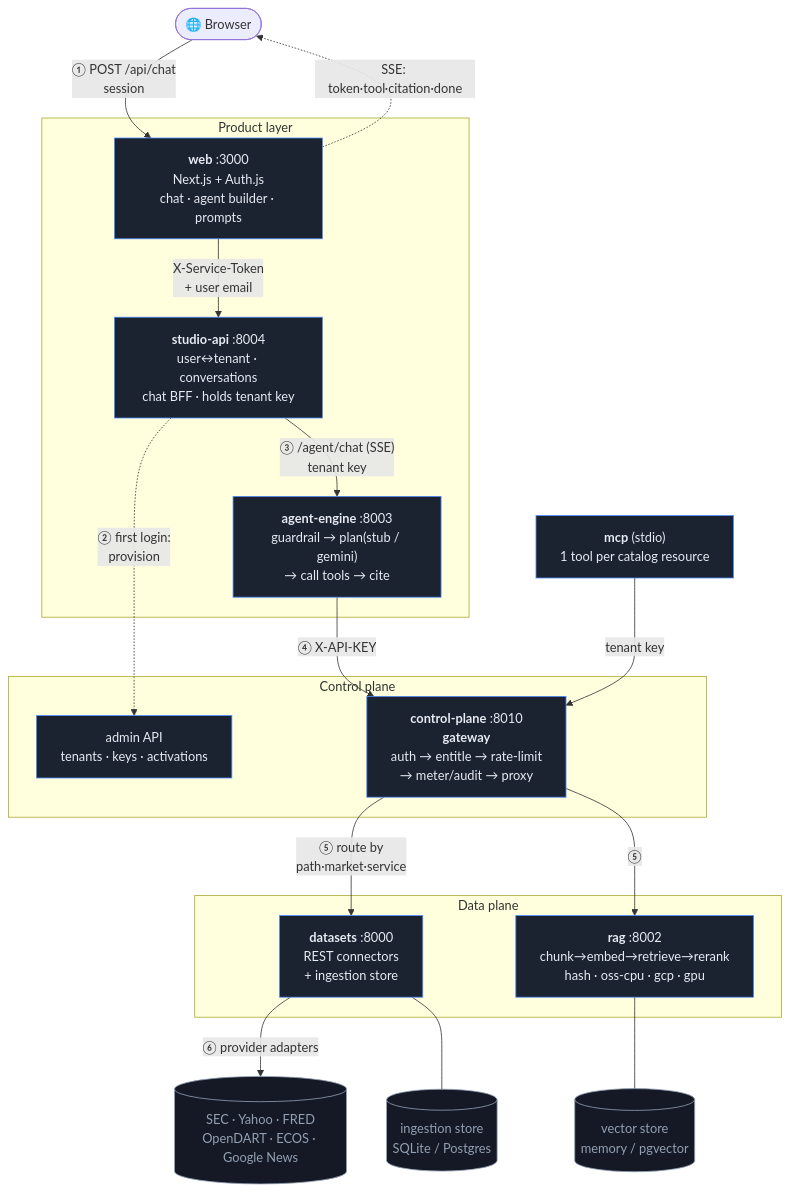
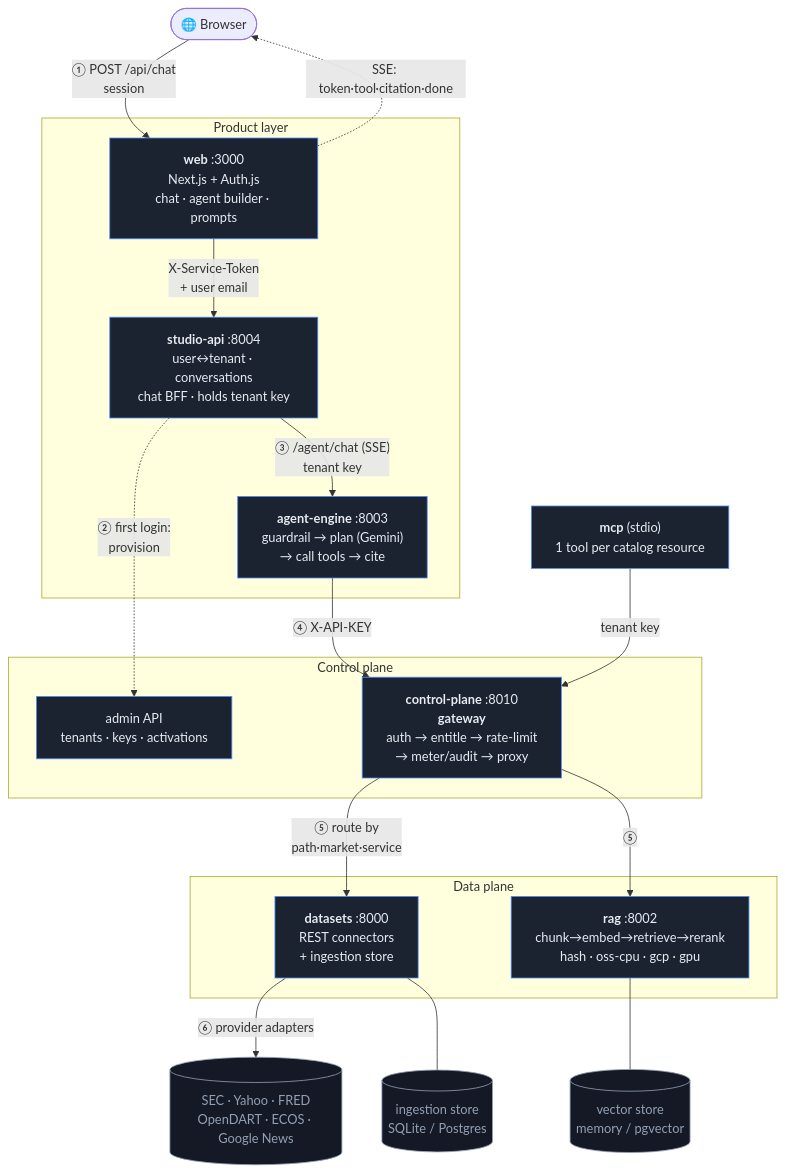
The diagram in docs/ARCHITECTURE.md (JinJis/value-graph), drawn with Mermaid before and after one commit. The commit also changed other lines of this file and 18 other files, not shown here.

````diff
--- a/docs/ARCHITECTURE.md
+++ b/docs/ARCHITECTURE.md
@@ -34,44 +34,44 @@
 ```mermaid
 flowchart TD
     browser(["🌐 Browser"])
 
     subgraph product["Product layer"]
         web["<b>web</b> :3000<br/>Next.js + Auth.js<br/>chat · agent builder · prompts"]
         studio["<b>studio-api</b> :8004<br/>user↔tenant · conversations<br/>chat BFF · holds tenant key"]
-        agent["<b>agent-engine</b> :8003<br/>guardrail → plan(stub / gemini)<br/>→ call tools → cite"]
+        agent["<b>agent-engine</b> :8003<br/>guardrail → plan (Gemini)<br/>→ call tools → cite"]
     end
 
     subgraph control["Control plane"]
         gw["<b>control-plane</b> :8010<br/><b>gateway</b><br/>auth → entitle → rate-limit<br/>→ meter/audit → proxy"]
         admin["admin API<br/>tenants · keys · activations"]
     end
 
     subgraph dataplane["Data plane"]
         datasets["<b>datasets</b> :8000<br/>REST connectors<br/>+ ingestion store"]
         rag["<b>rag</b> :8002<br/>chunk→embed→retrieve→rerank<br/>hash · oss-cpu · gcp · gpu"]
     end
 
     mcp["<b>mcp</b> (stdio)<br/>1 tool per catalog resource"]
     upstreams[("SEC · Yahoo · FRED<br/>OpenDART · ECOS · Google News")]
     store[("ingestion store<br/>SQLite / Postgres")]
     vec[("vector store<br/>memory / pgvector")]
 
     browser -->|"① POST /api/chat<br/>session"| web
     web -->|"X-Service-Token<br/>+ user email"| studio
     studio -.->|"② first login:<br/>provision"| admin
     studio -->|"③ /agent/chat (SSE)<br/>tenant key"| agent
     agent -->|"④ X-API-KEY"| gw
     mcp -->|"tenant key"| gw
     gw -->|"⑤ route by<br/>path·market·service"| datasets
     gw -->|"⑤"| rag
     datasets -->|"⑥ provider adapters"| upstreams
     datasets --- store
     rag --- vec
 
     web -. "SSE: token·tool·citation·done" .-> browser
 
     classDef svc fill:#1b2230,stroke:#4f8cff,color:#e7ecf3;
     classDef ext fill:#141925,stroke:#93a0b4,color:#93a0b4;
     class web,studio,agent,gw,admin,datasets,rag,mcp svc;
     class upstreams,store,vec ext;
 ```
````
